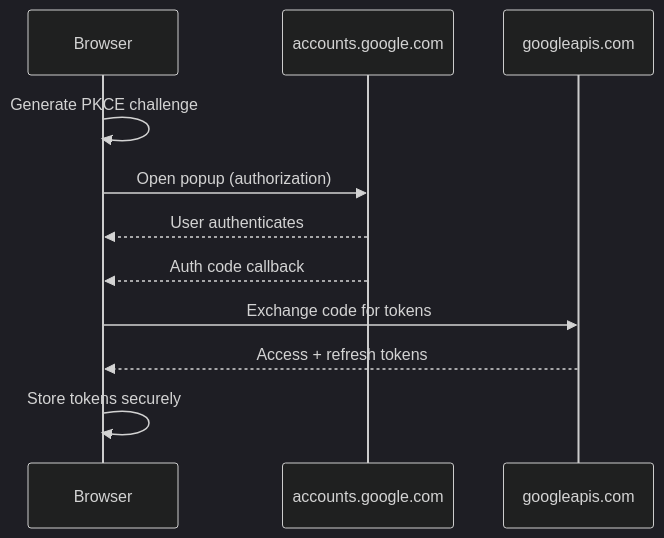
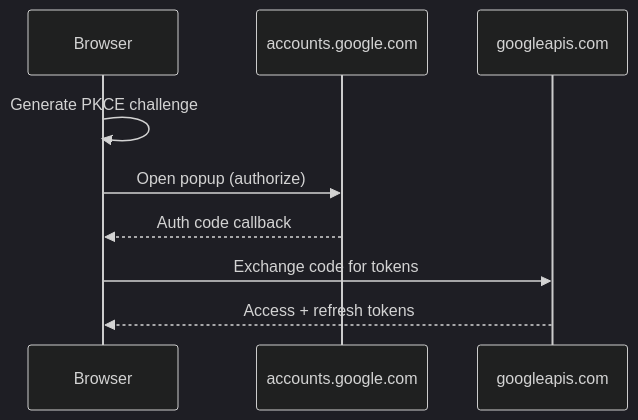
The fifth of 9 diagrams in docs/ARCHITECTURE.md (hfmsio/dbxlite), drawn with Mermaid (dark theme) before and after one commit. The commit also changed other lines of this file and 154 other files, not shown here.

````diff
--- a/docs/ARCHITECTURE.md
+++ b/docs/ARCHITECTURE.md
@@ -519,14 +182,12 @@
 ```mermaid
 sequenceDiagram
     participant Browser
     participant Google as accounts.google.com
     participant API as googleapis.com
 
     Browser->>Browser: Generate PKCE challenge
-    Browser->>Google: Open popup (authorization)
-    Google-->>Browser: User authenticates
+    Browser->>Google: Open popup (authorize)
     Google-->>Browser: Auth code callback
     Browser->>API: Exchange code for tokens
     API-->>Browser: Access + refresh tokens
-    Browser->>Browser: Store tokens securely
 ```
````
